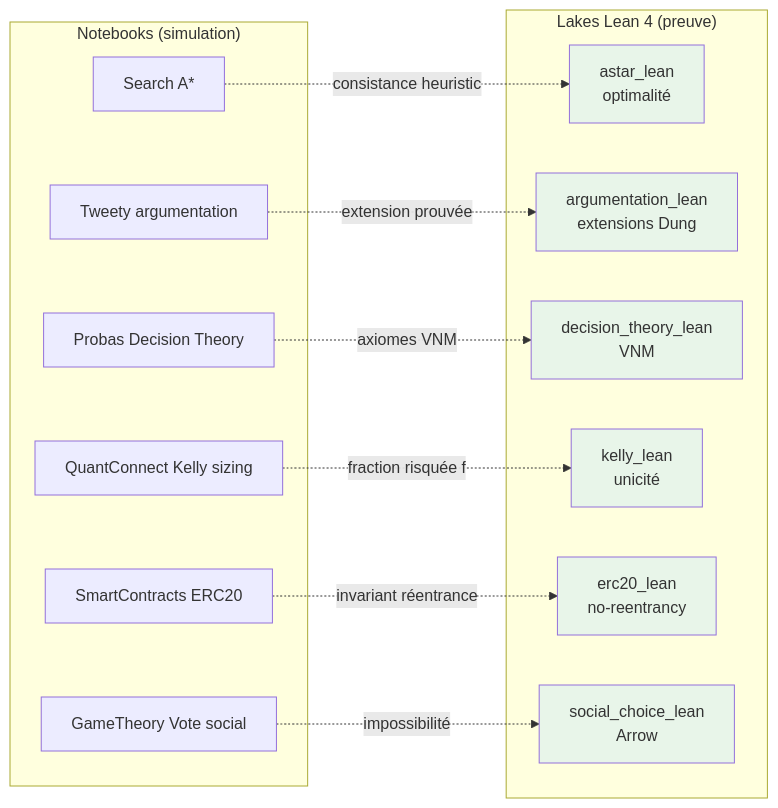
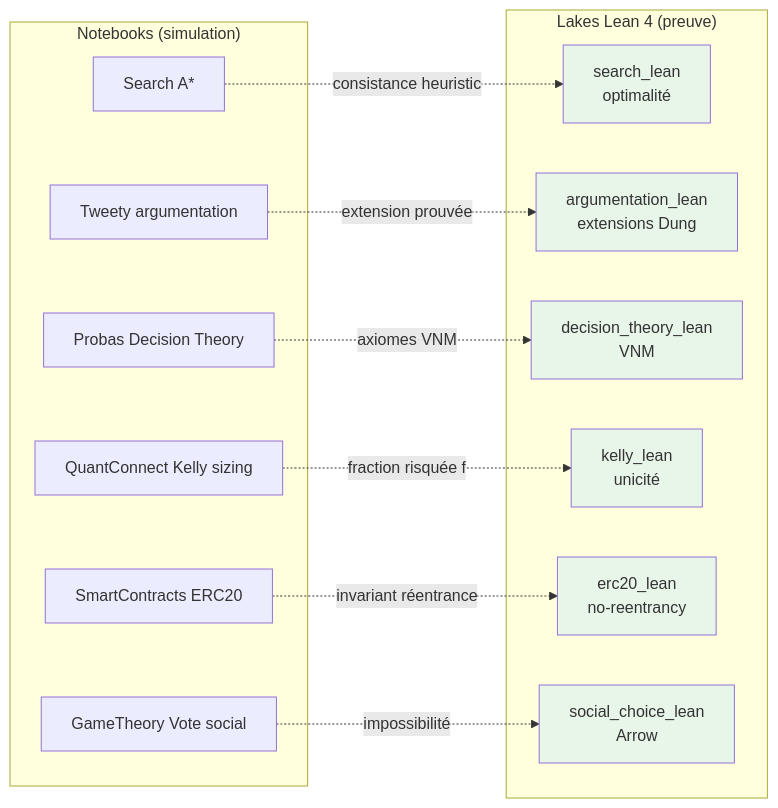
One commit to jsboige/CoursIA changed the second of 2 diagrams in MyIA.AI.Notebooks/README.md. Above: the diagram before and after it, drawn with Mermaid. The commit also changed other lines of this file and 28 other files, not shown here.

````diff
--- a/MyIA.AI.Notebooks/README.md
+++ b/MyIA.AI.Notebooks/README.md
@@ -240,31 +240,31 @@
 ```mermaid
 flowchart LR
     subgraph SIM["Notebooks (simulation)"]
         N1[Search A*]
         N2[Tweety argumentation]
         N3[Probas Decision Theory]
         N4[QuantConnect Kelly sizing]
         N5[SmartContracts ERC20]
         N6[GameTheory Vote social]
     end
     subgraph LEAN["Lakes Lean 4 (preuve)"]
-        L1["astar_lean<br/>optimalité"]
+        L1["search_lean<br/>optimalité"]
         L2["argumentation_lean<br/>extensions Dung"]
         L3["decision_theory_lean<br/>VNM"]
         L4["kelly_lean<br/>unicité"]
         L5["erc20_lean<br/>no-reentrancy"]
         L6["social_choice_lean<br/>Arrow"]
     end
     N1 -. "consistance heuristic" .-> L1
     N2 -. "extension prouvée" .-> L2
     N3 -. "axiomes VNM" .-> L3
     N4 -. "fraction risquée f" .-> L4
     N5 -. "invariant réentrance" .-> L5
     N6 -. "impossibilité" .-> L6
     style L1 fill:#e8f5e9
     style L2 fill:#e8f5e9
     style L3 fill:#e8f5e9
     style L4 fill:#e8f5e9
     style L5 fill:#e8f5e9
     style L6 fill:#e8f5e9
 ```
````
